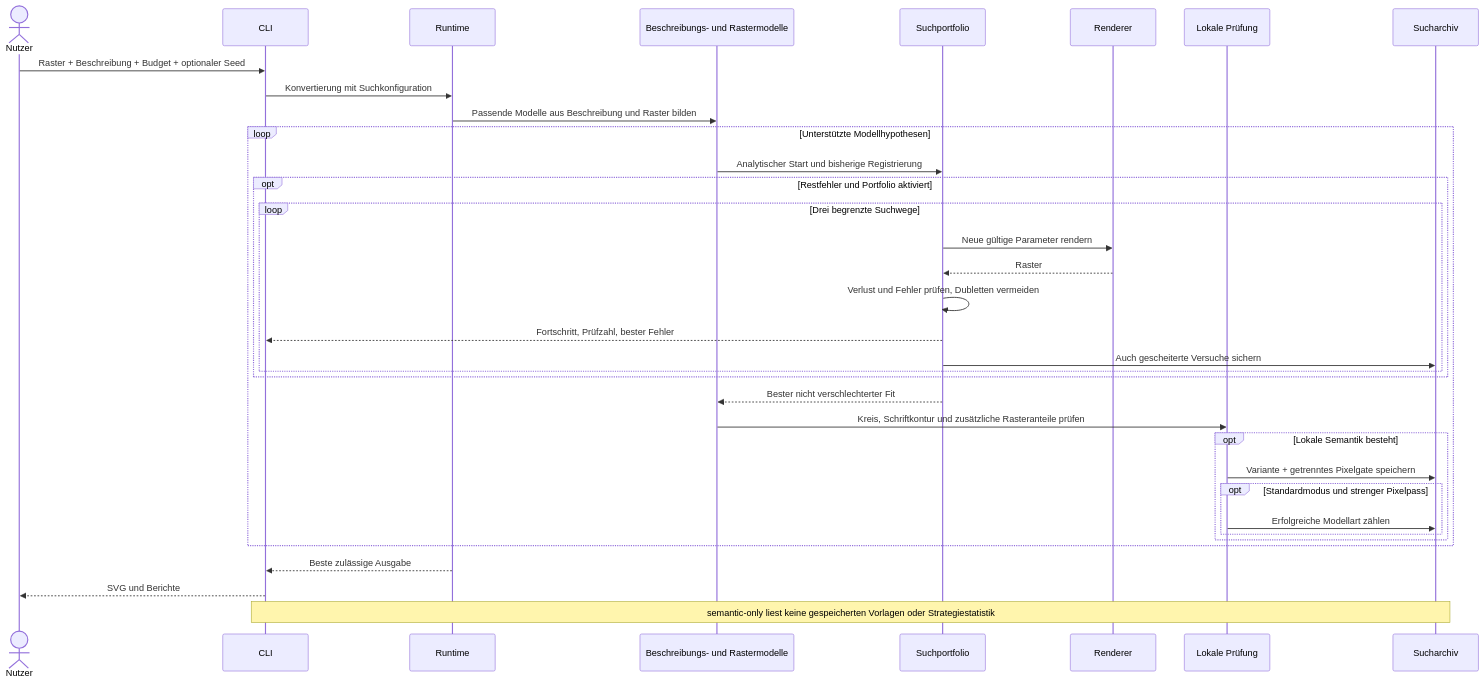
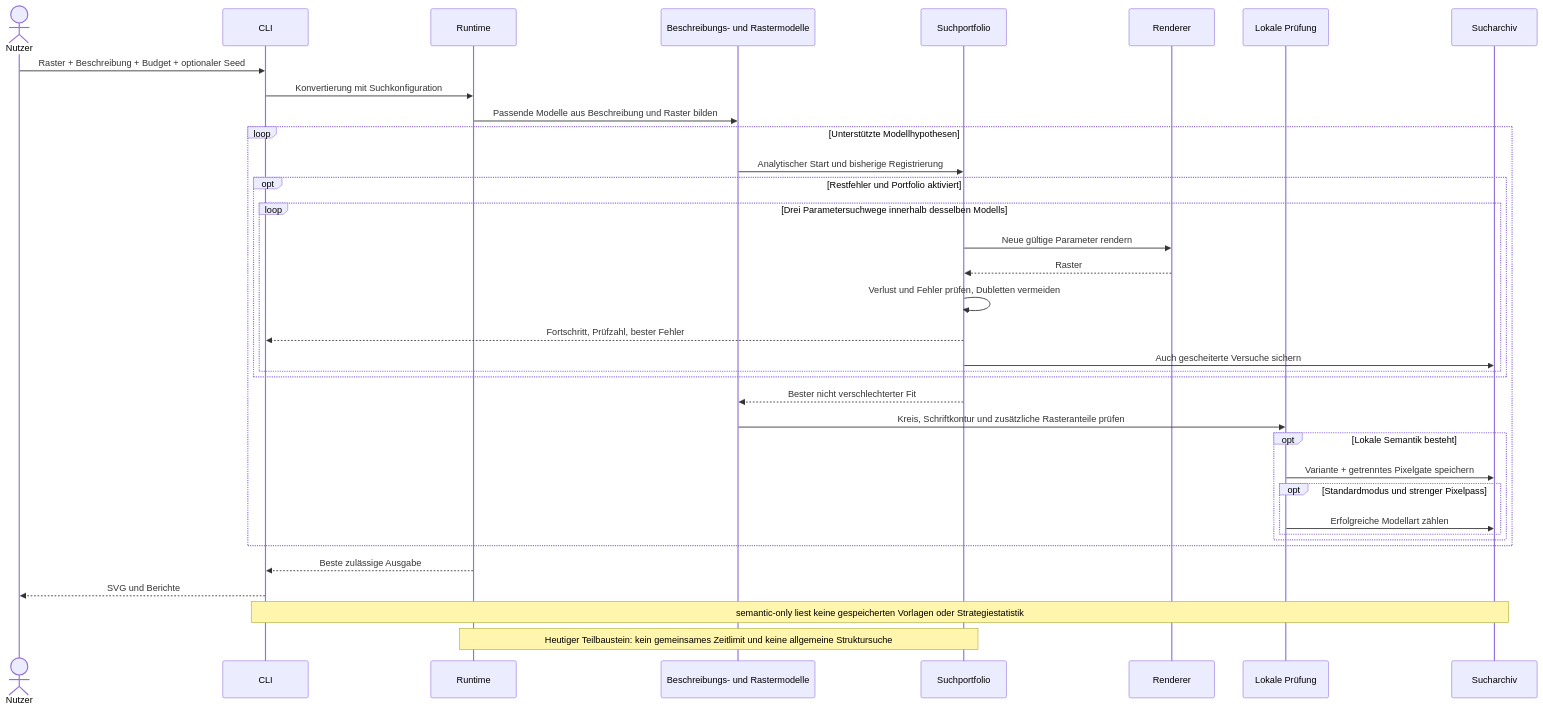
One commit to MobyDickDick/ImageConverter changed the first of 3 diagrams in docs/conversion_search_uml.md. Above: the diagram before and after it, drawn with Mermaid. The commit also changed other lines of this file and 540 other files, not shown here.

````diff
--- a/docs/conversion_search_uml.md
+++ b/docs/conversion_search_uml.md
@@ -12,37 +18,38 @@
 ```mermaid
 sequenceDiagram
     actor User as Nutzer
     participant CLI
     participant Runtime
     participant Model as Beschreibungs- und Rastermodelle
     participant Search as Suchportfolio
     participant Renderer
     participant Gate as Lokale Prüfung
     participant Store as Sucharchiv
     User->>CLI: Raster + Beschreibung + Budget + optionaler Seed
     CLI->>Runtime: Konvertierung mit Suchkonfiguration
     Runtime->>Model: Passende Modelle aus Beschreibung und Raster bilden
     loop Unterstützte Modellhypothesen
         Model->>Search: Analytischer Start und bisherige Registrierung
         opt Restfehler und Portfolio aktiviert
-            loop Drei begrenzte Suchwege
+            loop Drei Parametersuchwege innerhalb desselben Modells
                 Search->>Renderer: Neue gültige Parameter rendern
                 Renderer-->>Search: Raster
                 Search->>Search: Verlust und Fehler prüfen, Dubletten vermeiden
                 Search-->>CLI: Fortschritt, Prüfzahl, bester Fehler
                 Search->>Store: Auch gescheiterte Versuche sichern
             end
         end
         Search-->>Model: Bester nicht verschlechterter Fit
         Model->>Gate: Kreis, Schriftkontur und zusätzliche Rasteranteile prüfen
         opt Lokale Semantik besteht
             Gate->>Store: Variante + getrenntes Pixelgate speichern
             opt Standardmodus und strenger Pixelpass
                 Gate->>Store: Erfolgreiche Modellart zählen
             end
         end
     end
     Runtime-->>CLI: Beste zulässige Ausgabe
     CLI-->>User: SVG und Berichte
     Note over Store,CLI: semantic-only liest keine gespeicherten Vorlagen oder Strategiestatistik
+    Note over Search,Runtime: Heutiger Teilbaustein: kein gemeinsames Zeitlimit und keine allgemeine Struktursuche
 ```
````
